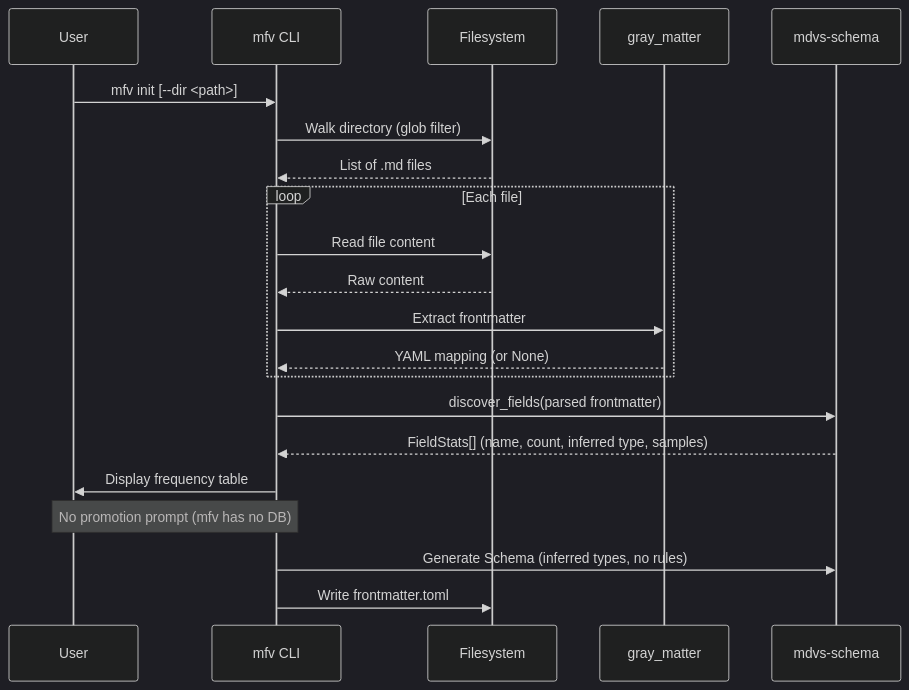
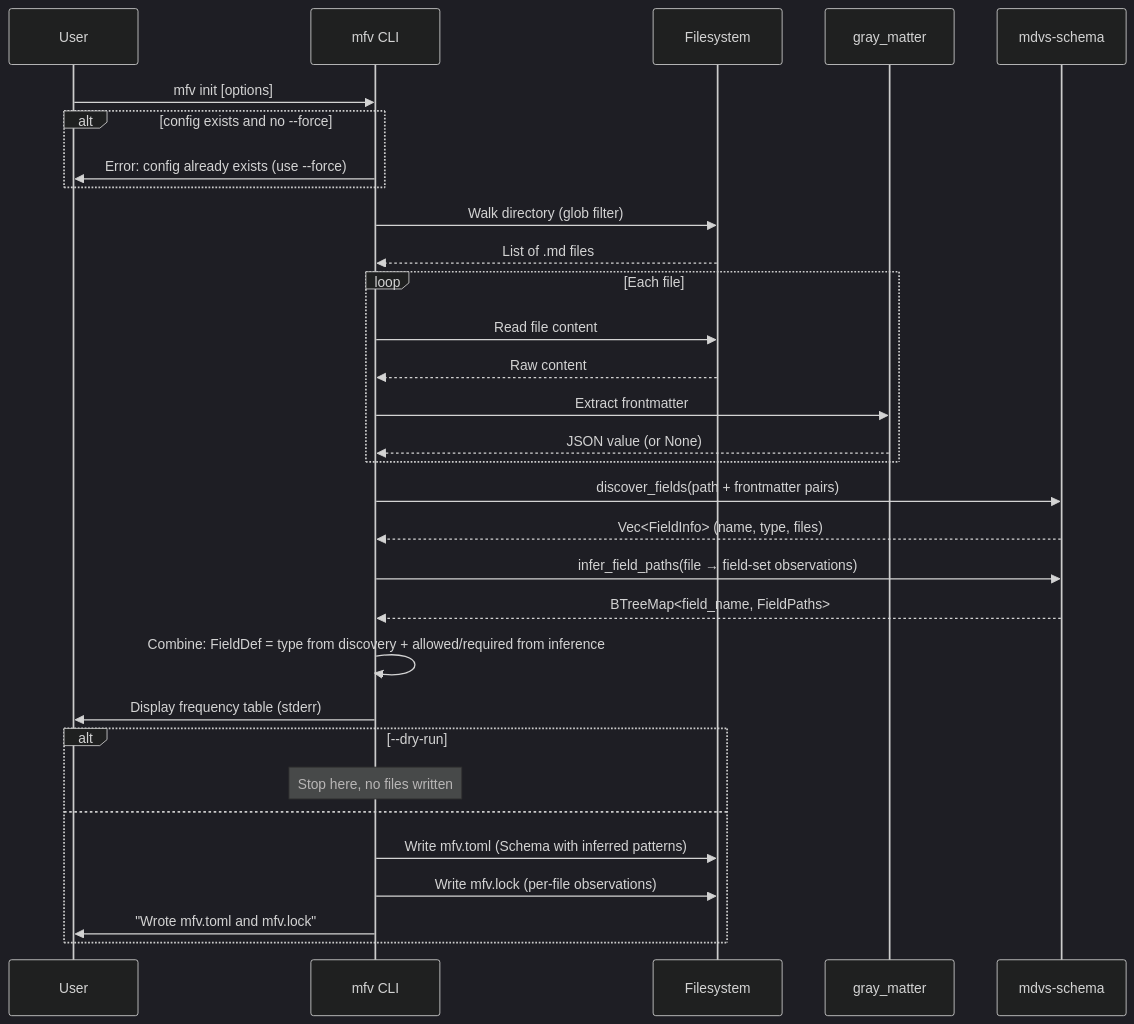
One commit to edochi/mdvs changed the diagram in docs/spec/30-workflows/init.md. Above: the diagram before and after it, drawn with Mermaid (dark theme). The commit also changed other lines of this file and 6 other files, not shown here.

Commit message:
Update specs to match mdvs-schema redesign (allowed/required patterns)

````diff
--- a/docs/spec/30-workflows/init.md
+++ b/docs/spec/30-workflows/init.md
@@ -32,28 +47,42 @@
 ```mermaid
 sequenceDiagram
     participant U as User
     participant CLI as mfv CLI
     participant FS as Filesystem
     participant GM as gray_matter
     participant S as mdvs-schema
 
-    U->>CLI: mfv init [--dir <path>]
+    U->>CLI: mfv init [options]
+
+    alt config exists and no --force
+        CLI->>U: Error: config already exists (use --force)
+    end
+
     CLI->>FS: Walk directory (glob filter)
     FS-->>CLI: List of .md files
 
     loop Each file
         CLI->>FS: Read file content
         FS-->>CLI: Raw content
         CLI->>GM: Extract frontmatter
-        GM-->>CLI: YAML mapping (or None)
+        GM-->>CLI: JSON value (or None)
     end
 
-    CLI->>S: discover_fields(parsed frontmatter)
-    S-->>CLI: FieldStats[] (name, count, inferred type, samples)
+    CLI->>S: discover_fields(path + frontmatter pairs)
+    S-->>CLI: Vec<FieldInfo> (name, type, files)
 
-    CLI->>U: Display frequency table
-    Note over U,CLI: No promotion prompt (mfv has no DB)
+    CLI->>S: infer_field_paths(file → field-set observations)
+    S-->>CLI: BTreeMap<field_name, FieldPaths>
 
-    CLI->>S: Generate Schema (inferred types, no rules)
-    CLI->>FS: Write frontmatter.toml
+    CLI->>CLI: Combine: FieldDef = type from discovery + allowed/required from inference
+
+    CLI->>U: Display frequency table (stderr)
+
+    alt --dry-run
+        Note over CLI: Stop here, no files written
+    else
+        CLI->>FS: Write mfv.toml (Schema with inferred patterns)
+        CLI->>FS: Write mfv.lock (per-file observations)
+        CLI->>U: "Wrote mfv.toml and mfv.lock"
+    end
 ```
````
